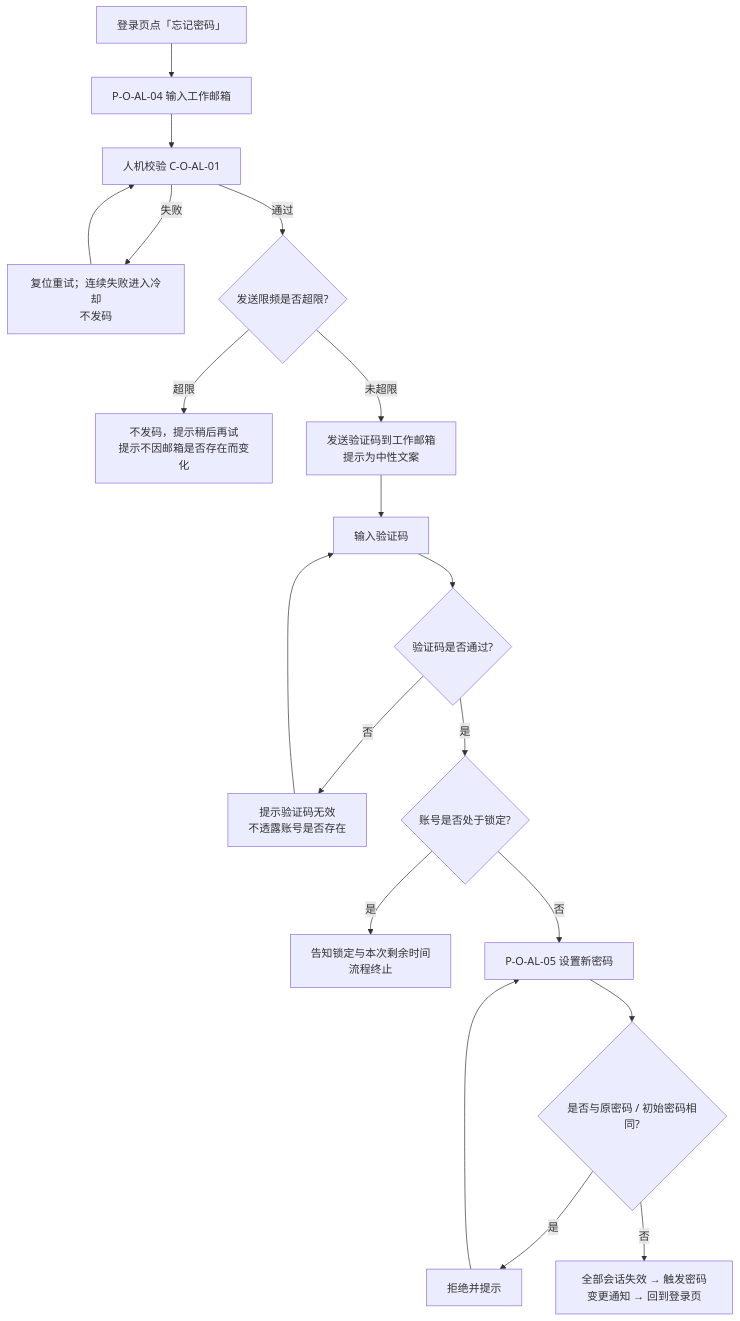
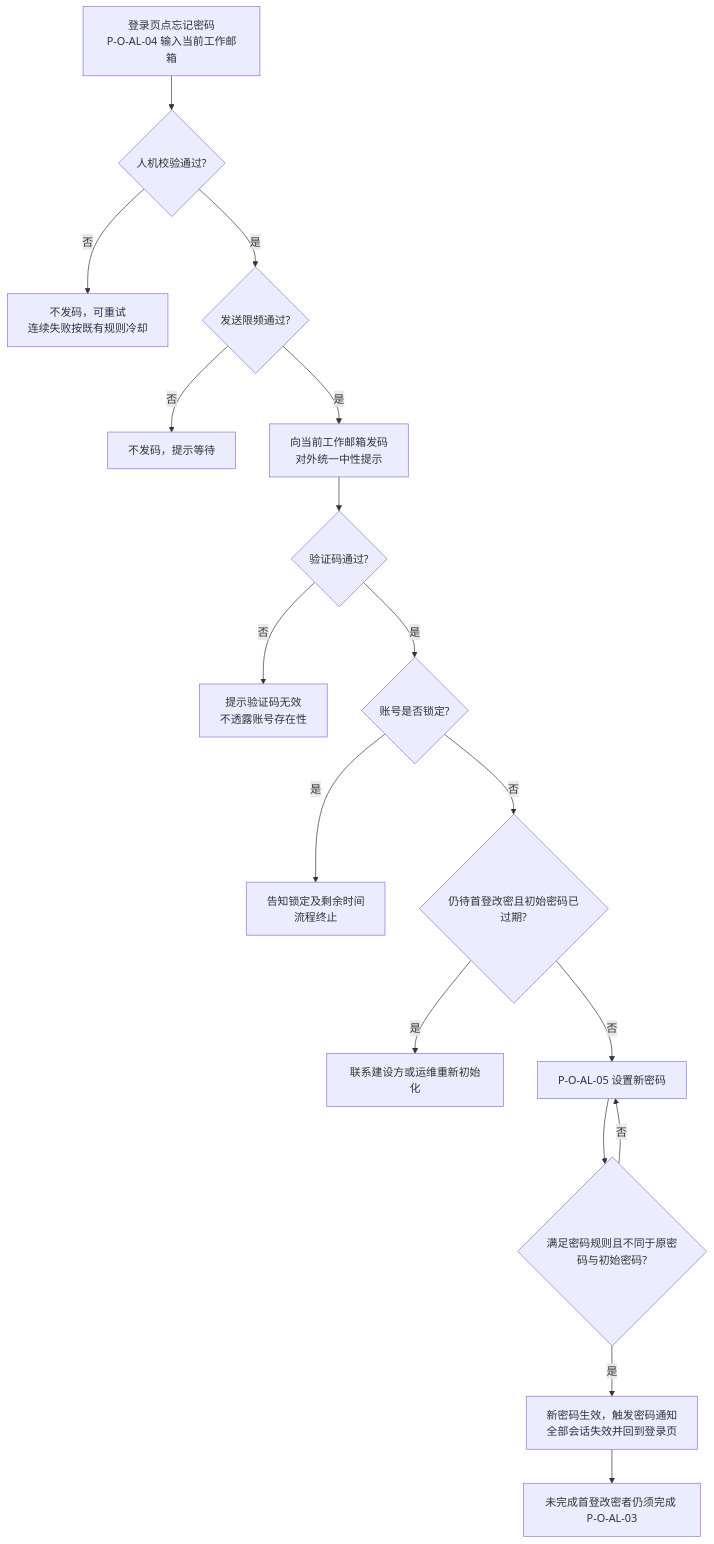
Before and after one commit to wxblockchain/Chain-Financing: the third of 8 diagrams in lending-platform/PRD/v1.0-运营端账户与登录/v1.0-运营端账户与登录-流程图与状态机.md, drawn with Mermaid. The commit also changed other lines of this file and 4 other files, not shown here.

````diff
--- a/lending-platform/PRD/v1.0-运营端账户与登录/v1.0-运营端账户与登录-流程图与状态机.md
+++ b/lending-platform/PRD/v1.0-运营端账户与登录/v1.0-运营端账户与登录-流程图与状态机.md
@@ -98,21 +62,19 @@
 ```mermaid
 flowchart TD
-    A["登录页点「忘记密码」"] --> B["P-O-AL-04 输入工作邮箱"]
-    B --> C["人机校验 C-O-AL-01"]
-    C -->|失败| C1["复位重试；连续失败进入冷却<br/>不发码"]
-    C1 --> C
-    C -->|通过| D{"发送限频是否超限?"}
-    D -->|超限| D1["不发码，提示稍后再试<br/>提示不因邮箱是否存在而变化"]
-    D -->|未超限| E["发送验证码到工作邮箱<br/>提示为中性文案"]
-    E --> F["输入验证码"]
-    F --> G{"验证码是否通过?"}
-    G -->|否| G1["提示验证码无效<br/>不透露账号是否存在"]
-    G1 --> F
-    G -->|是| H{"账号是否处于锁定?"}
-    H -->|是| H1["告知锁定与本次剩余时间<br/>流程终止"]
-    H -->|否| I["P-O-AL-05 设置新密码"]
-    I --> J{"是否与原密码 / 初始密码相同?"}
-    J -->|是| J1["拒绝并提示"]
-    J1 --> I
-    J -->|否| K["全部会话失效 → 触发密码变更通知 → 回到登录页"]
+    A["登录页点忘记密码<br/>P-O-AL-04 输入当前工作邮箱"] --> B{"人机校验通过?"}
+    B -->|否| C["不发码，可重试<br/>连续失败按既有规则冷却"]
+    B -->|是| D{"发送限频通过?"}
+    D -->|否| E["不发码，提示等待"]
+    D -->|是| F["向当前工作邮箱发码<br/>对外统一中性提示"]
+    F --> G{"验证码通过?"}
+    G -->|否| H["提示验证码无效<br/>不透露账号存在性"]
+    G -->|是| I{"账号是否锁定?"}
+    I -->|是| J["告知锁定及剩余时间<br/>流程终止"]
+    I -->|否| Q{"仍待首登改密且初始密码已过期?"}
+    Q -->|是| R["联系建设方或运维重新初始化"]
+    Q -->|否| K["P-O-AL-05 设置新密码"]
+    K --> L{"满足密码规则且不同于原密码与初始密码?"}
+    L -->|否| K
+    L -->|是| M["新密码生效，触发密码通知<br/>全部会话失效并回到登录页"]
+    M --> N["未完成首登改密者仍须完成 P-O-AL-03"]
 ```
````
